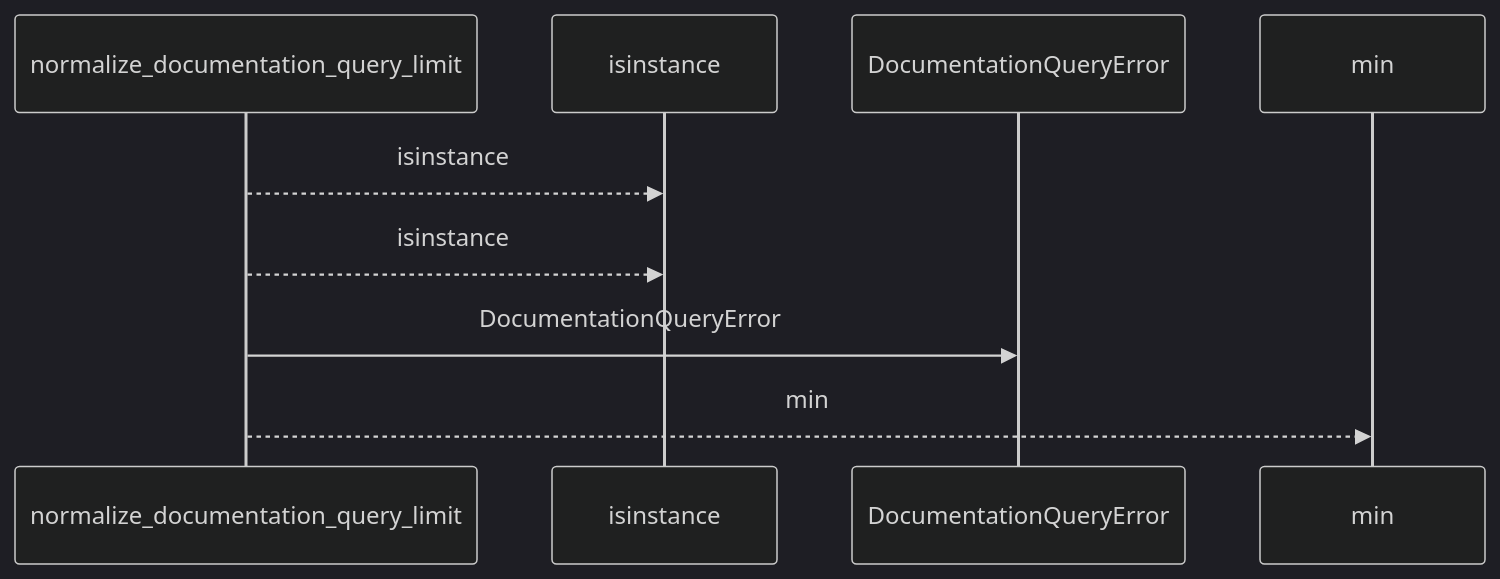
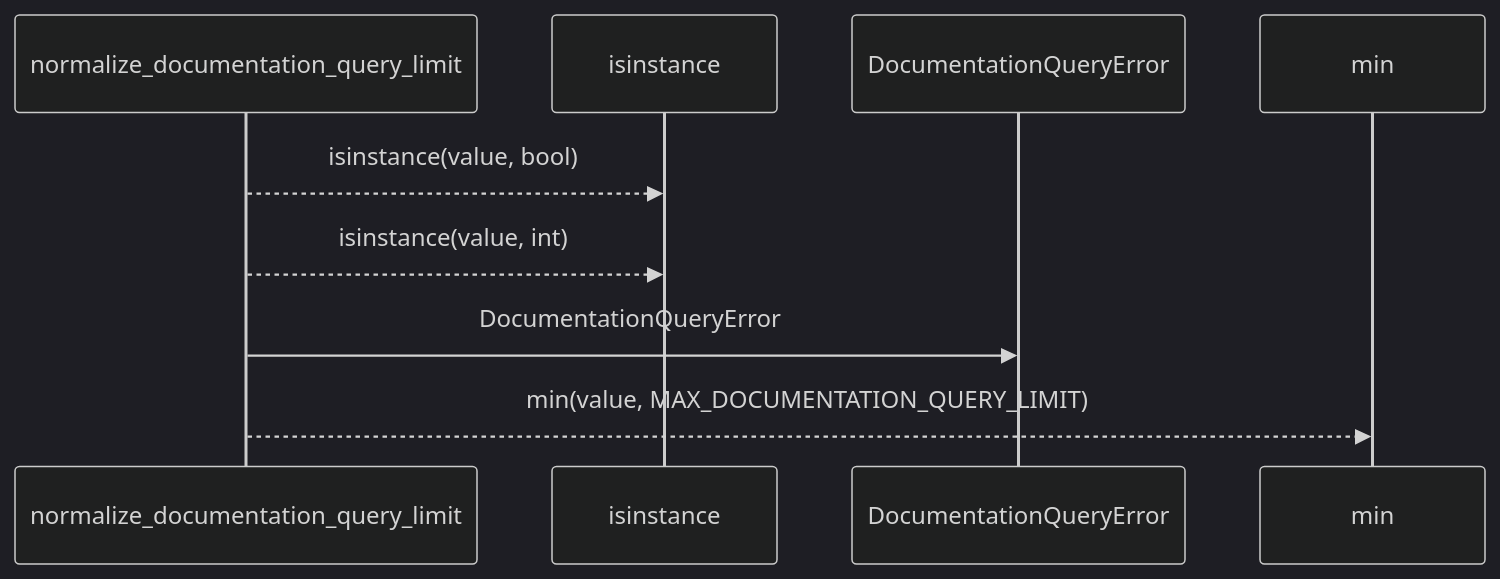
One commit to Denissvgn/python-wiki-llm changed the first of 2 diagrams in docs/llm_wiki/flows/api-normalize_documentation_query_limit.md. Above: the diagram before and after it, drawn with Mermaid (dark theme). The commit also changed other lines of this file and 1410 other files, not shown here.

````diff
--- a/docs/llm_wiki/flows/api-normalize_documentation_query_limit.md
+++ b/docs/llm_wiki/flows/api-normalize_documentation_query_limit.md
@@ -10,11 +12,11 @@
 ```mermaid
 sequenceDiagram
     participant p0 as normalize_documentation_query_limit
     participant p1 as isinstance
     participant p2 as DocumentationQueryError
     participant p3 as min
-    p0-->>p1: isinstance
-    p0-->>p1: isinstance
+    p0-->>p1: isinstance(value, bool)
+    p0-->>p1: isinstance(value, int)
     p0->>p2: DocumentationQueryError
-    p0-->>p3: min
+    p0-->>p3: min(value, MAX_DOCUMENTATION_QUERY_LIMIT)
 ```
````
